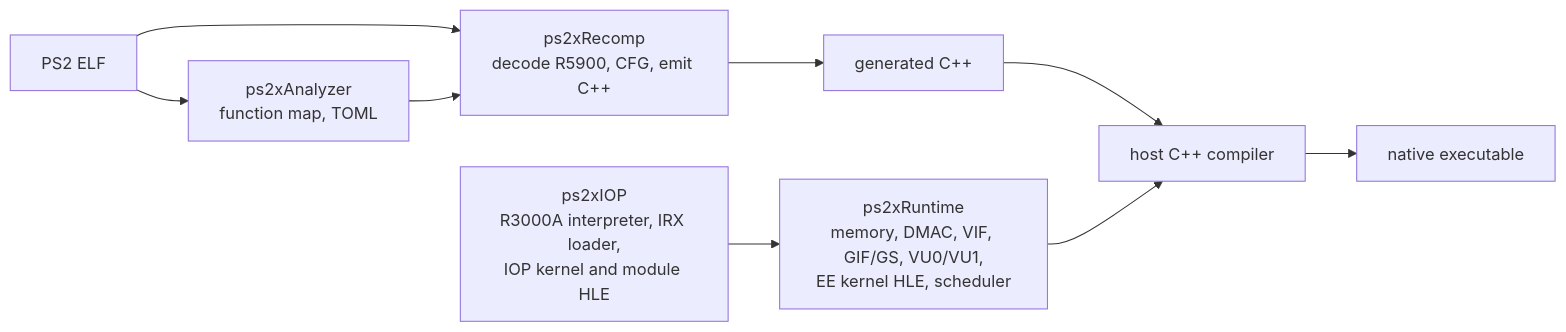
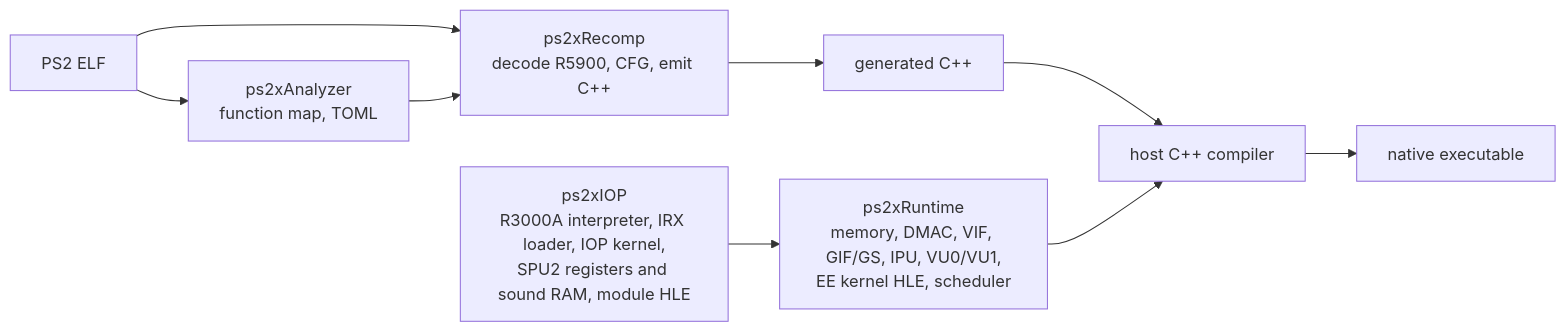
Before and after one commit to m7kor/Zmbor: the diagram in README.md, drawn with Mermaid. The commit also changed other lines of this file, not shown here.

````diff
--- a/README.md
+++ b/README.md
@@ -28,11 +29,11 @@
 ```mermaid
 flowchart LR
   ELF[PS2 ELF] --> A[ps2xAnalyzer<br/>function map, TOML]
   ELF --> R[ps2xRecomp<br/>decode R5900, CFG, emit C++]
   A --> R
   R --> CPP[generated C++]
   CPP --> CC[host C++ compiler]
-  RT[ps2xRuntime<br/>memory, DMAC, VIF, GIF/GS, VU0/VU1,<br/>EE kernel HLE, scheduler] --> CC
-  IOP[ps2xIOP<br/>R3000A interpreter, IRX loader,<br/>IOP kernel and module HLE] --> RT
+  RT[ps2xRuntime<br/>memory, DMAC, VIF, GIF/GS, IPU, VU0/VU1,<br/>EE kernel HLE, scheduler] --> CC
+  IOP[ps2xIOP<br/>R3000A interpreter, IRX loader, IOP kernel,<br/>SPU2 registers and sound RAM, module HLE] --> RT
   CC --> EXE[native executable]
 ```
````
